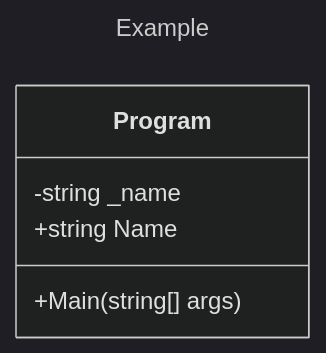
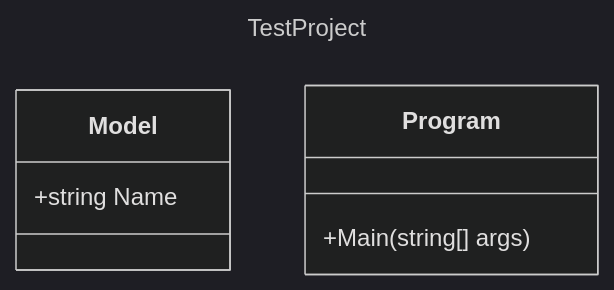
One commit to wouterfennis/Architector changed the diagram in doc/demo.md. Above: the diagram before and after it, drawn with Mermaid (dark theme). The commit also changed 7 other files, not shown here.

Commit message:
Correct Mermaid

````diff
--- a/doc/demo.md
+++ b/doc/demo.md
@@ -1,11 +1,12 @@
 ```mermaid
 ---
-title: Example
+title: TestProject
 ---
 classDiagram
+class Model{
+    +string Name
+}
 class Program{
-    -string _name
-    +string Name
     +Main(string[] args)
 }
 ```
````
